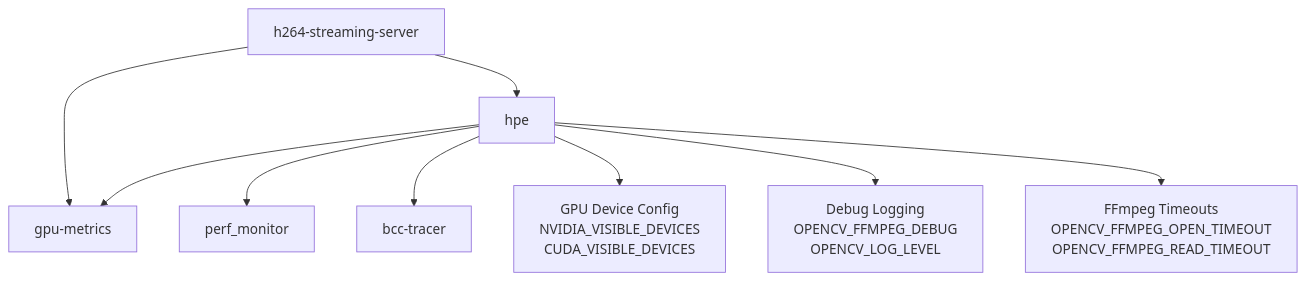
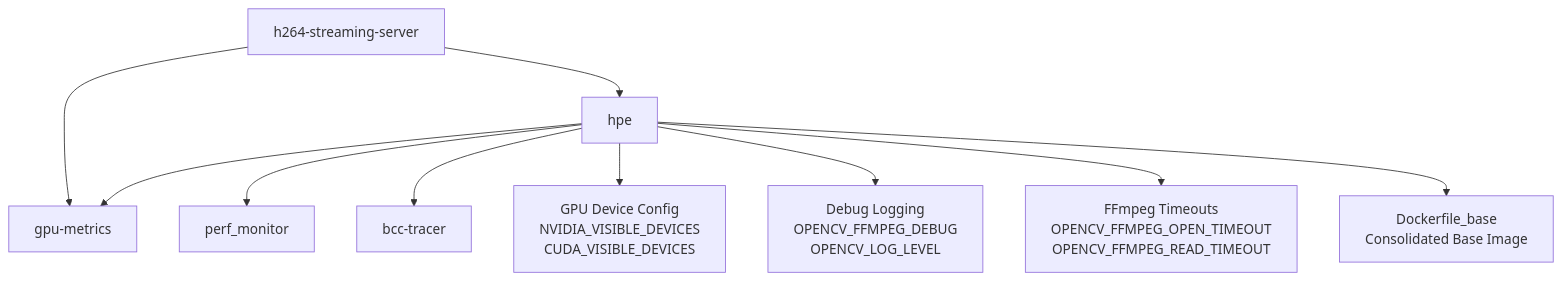
Before and after one commit to Fogus-Gr/MeasurementsDTs: the fourth of 7 diagrams in .qoder/repowiki/en/content/Deployment Infrastructure/Deployment Infrastructure.md, drawn with Mermaid. The commit also changed other lines of this file and 10 other files, not shown here.

````diff
--- a/.qoder/repowiki/en/content/Deployment Infrastructure/Deployment Infrastructure.md
+++ b/.qoder/repowiki/en/content/Deployment Infrastructure/Deployment Infrastructure.md
@@ -208,11 +220,12 @@
 ```mermaid
 graph TB
 S["h264-streaming-server"] --> H["hpe"]
 S --> M["gpu-metrics"]
 H --> M
 H --> P["perf_monitor"]
 H --> B["bcc-tracer"]
 H --> G["GPU Device Config<br/>NVIDIA_VISIBLE_DEVICES<br/>CUDA_VISIBLE_DEVICES"]
 H --> L["Debug Logging<br/>OPENCV_FFMPEG_DEBUG<br/>OPENCV_LOG_LEVEL"]
 H --> T["FFmpeg Timeouts<br/>OPENCV_FFMPEG_OPEN_TIMEOUT<br/>OPENCV_FFMPEG_READ_TIMEOUT"]
+H --> DB["Dockerfile_base<br/>Consolidated Base Image"]
 ```
````
